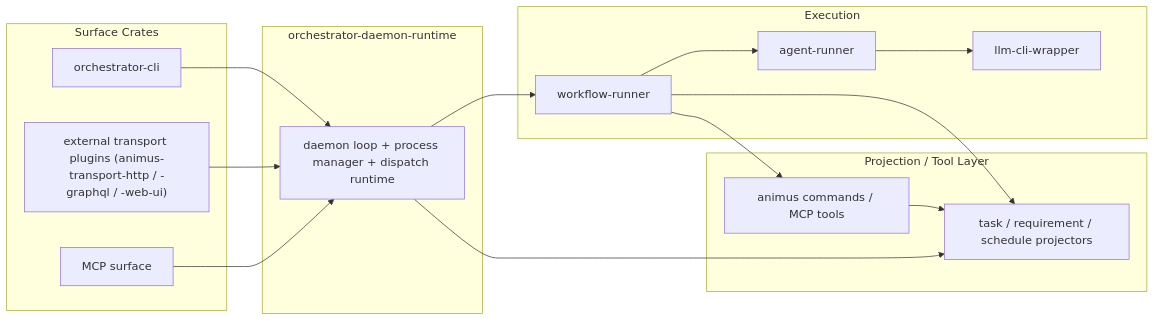
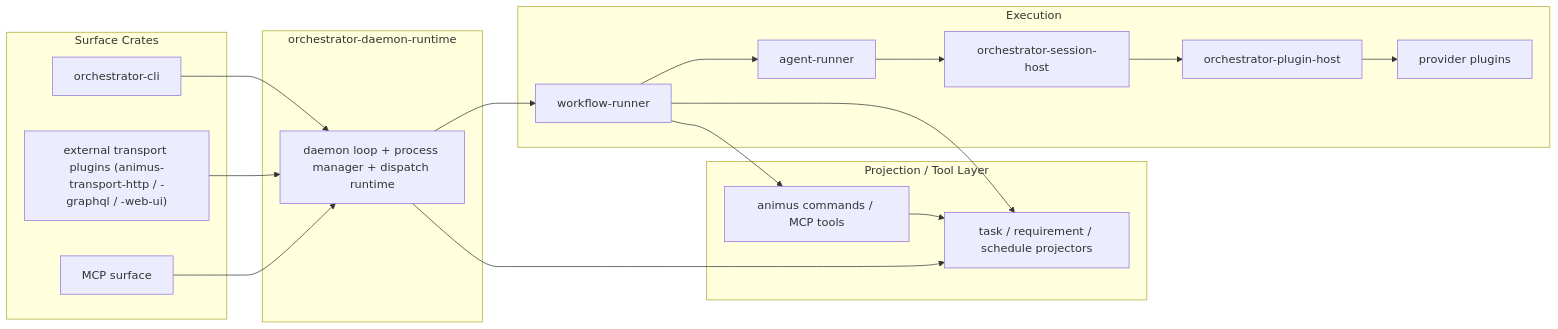
One commit to launchapp-dev/ao-cli changed the second of 2 diagrams in docs/architecture/subject-dispatch-daemon.md. Above: the diagram before and after it, drawn with Mermaid. The commit also changed 27 other files, not shown here.

````diff
--- a/docs/architecture/subject-dispatch-daemon.md
+++ b/docs/architecture/subject-dispatch-daemon.md
@@ -143,35 +143,39 @@
 ```mermaid
 flowchart LR
   subgraph Surface["Surface Crates"]
     CLI["orchestrator-cli"]
     WEB["external transport plugins (animus-transport-http / -graphql / -web-ui)"]
     MCP["MCP surface"]
   end
 
   subgraph Projection["Projection / Tool Layer"]
     PROJ["task / requirement / schedule projectors"]
     TOOLS["animus commands / MCP tools"]
   end
 
   subgraph Daemon["orchestrator-daemon-runtime"]
     DRT["daemon loop + process manager + dispatch runtime"]
   end
 
   subgraph Workflow["Execution"]
     WFR["workflow-runner"]
     AR["agent-runner"]
-    WRAP["llm-cli-wrapper"]
+    SESSION["orchestrator-session-host"]
+    PHOST["orchestrator-plugin-host"]
+    PROVIDERS["provider plugins"]
   end
 
   CLI --> DRT
   WEB --> DRT
   MCP --> DRT
   DRT --> WFR
   WFR --> AR
-  AR --> WRAP
+  AR --> SESSION
+  SESSION --> PHOST
+  PHOST --> PROVIDERS
 
   DRT --> PROJ
   WFR --> PROJ
   WFR --> TOOLS
   TOOLS --> PROJ
 ```
````
